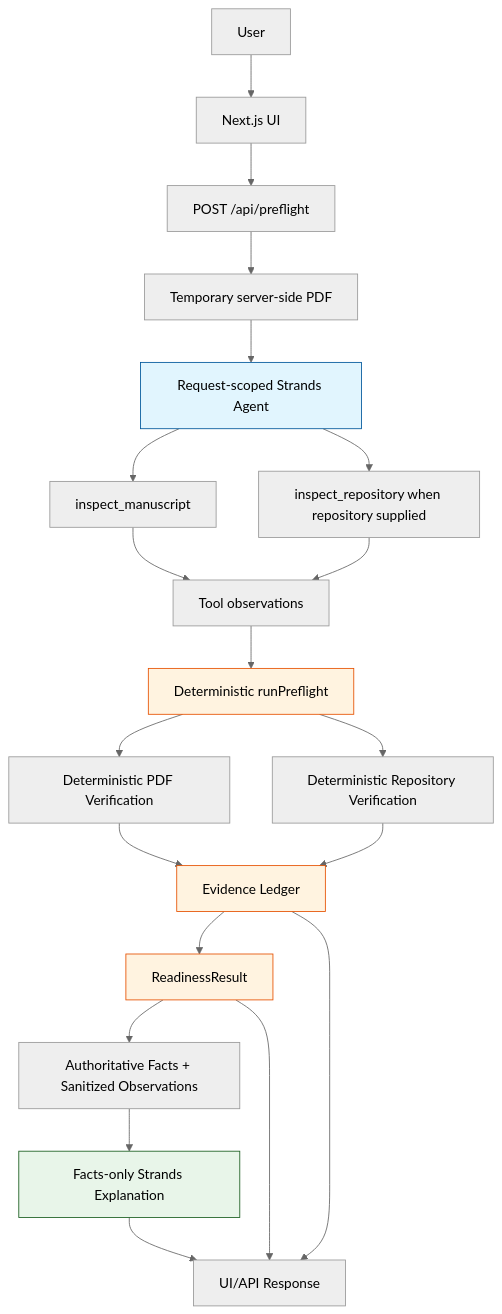
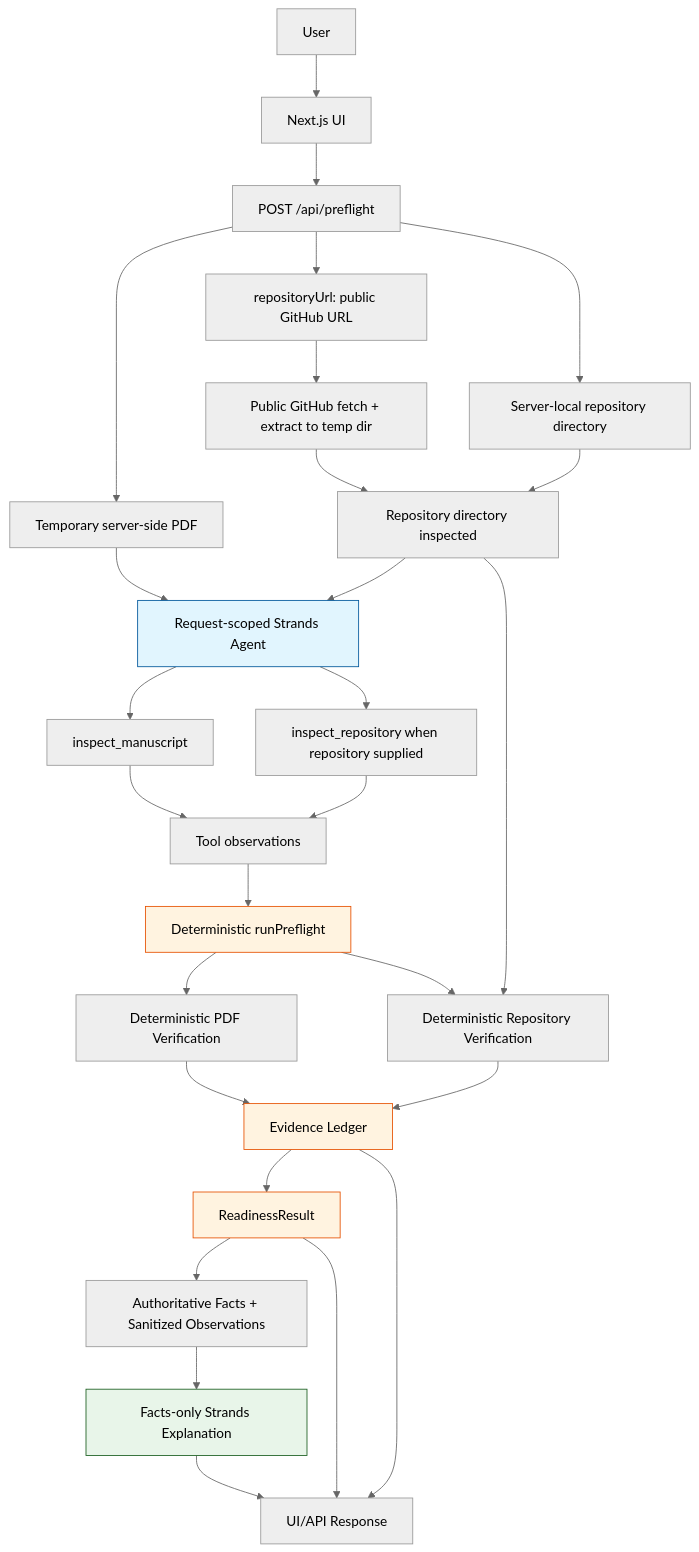
One commit to johan8124/proofline changed the diagram in docs/ARCHITECTURE.md. Above: the diagram before and after it, drawn with Mermaid (neutral theme). The commit also changed other lines of this file and 7 other files, not shown here.

````diff
--- a/docs/ARCHITECTURE.md
+++ b/docs/ARCHITECTURE.md
@@ -11,35 +11,42 @@
 ```mermaid
 flowchart TD
     U[User] --> UI[Next.js UI]
     UI --> API[POST /api/preflight]
     API --> TMP[Temporary server-side PDF]
+    API --> URL[repositoryUrl: public GitHub URL]
+    API --> LOCAL[Server-local repository directory]
+    URL --> FETCH[Public GitHub fetch + extract to temp dir]
+    FETCH --> REPO_SRC[Repository directory inspected]
+    LOCAL --> REPO_SRC
 
     TMP --> AGENT[Request-scoped Strands Agent]
+    REPO_SRC --> AGENT
     AGENT --> IM[inspect_manuscript]
     AGENT --> IR[inspect_repository when repository supplied]
     IM --> OBS[Tool observations]
     IR --> OBS
 
     OBS --> PF[Deterministic runPreflight]
 
     PF --> PDF[Deterministic PDF Verification]
     PF --> REPO[Deterministic Repository Verification]
+    REPO_SRC --> REPO
 
     PDF --> LEDGER[Evidence Ledger]
     REPO --> LEDGER
 
     LEDGER --> READY[ReadinessResult]
 
     READY --> FACTS[Authoritative Facts + Sanitized Observations]
     FACTS --> EXPLAIN[Facts-only Strands Explanation]
     EXPLAIN --> RESPONSE[UI/API Response]
 
     READY --> RESPONSE
     LEDGER --> RESPONSE
 
     style AGENT fill:#e1f5fe,stroke:#01579b
     style PF fill:#fff3e0,stroke:#e65100
     style EXPLAIN fill:#e8f5e9,stroke:#1b5e20
     style READY fill:#fff3e0,stroke:#e65100
     style LEDGER fill:#fff3e0,stroke:#e65100
 ```
````
